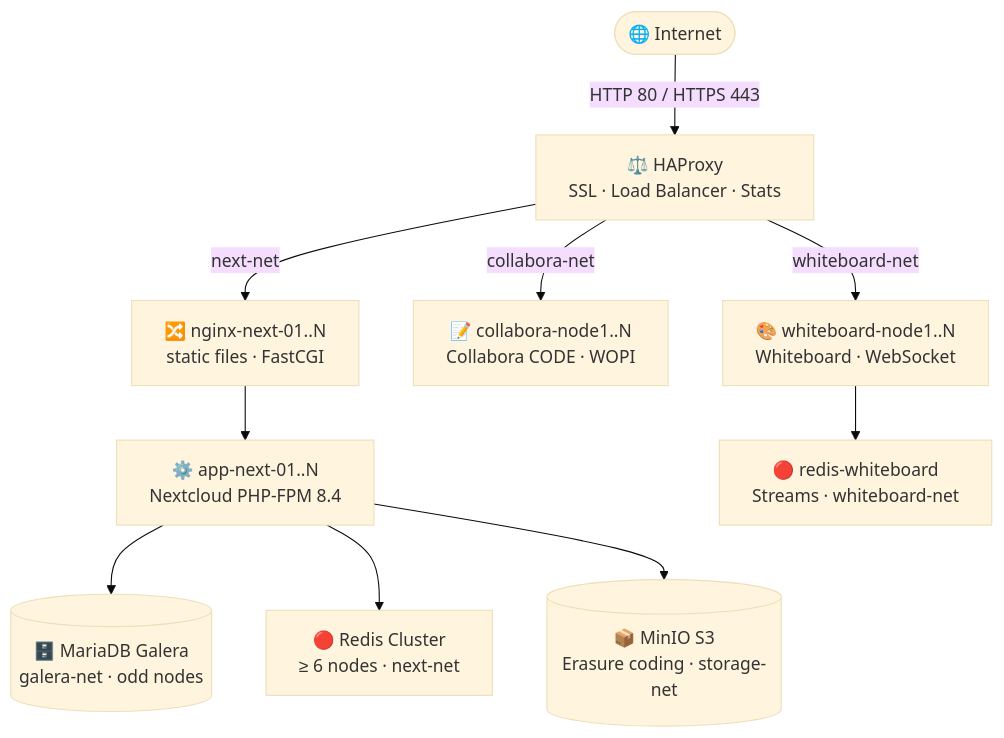
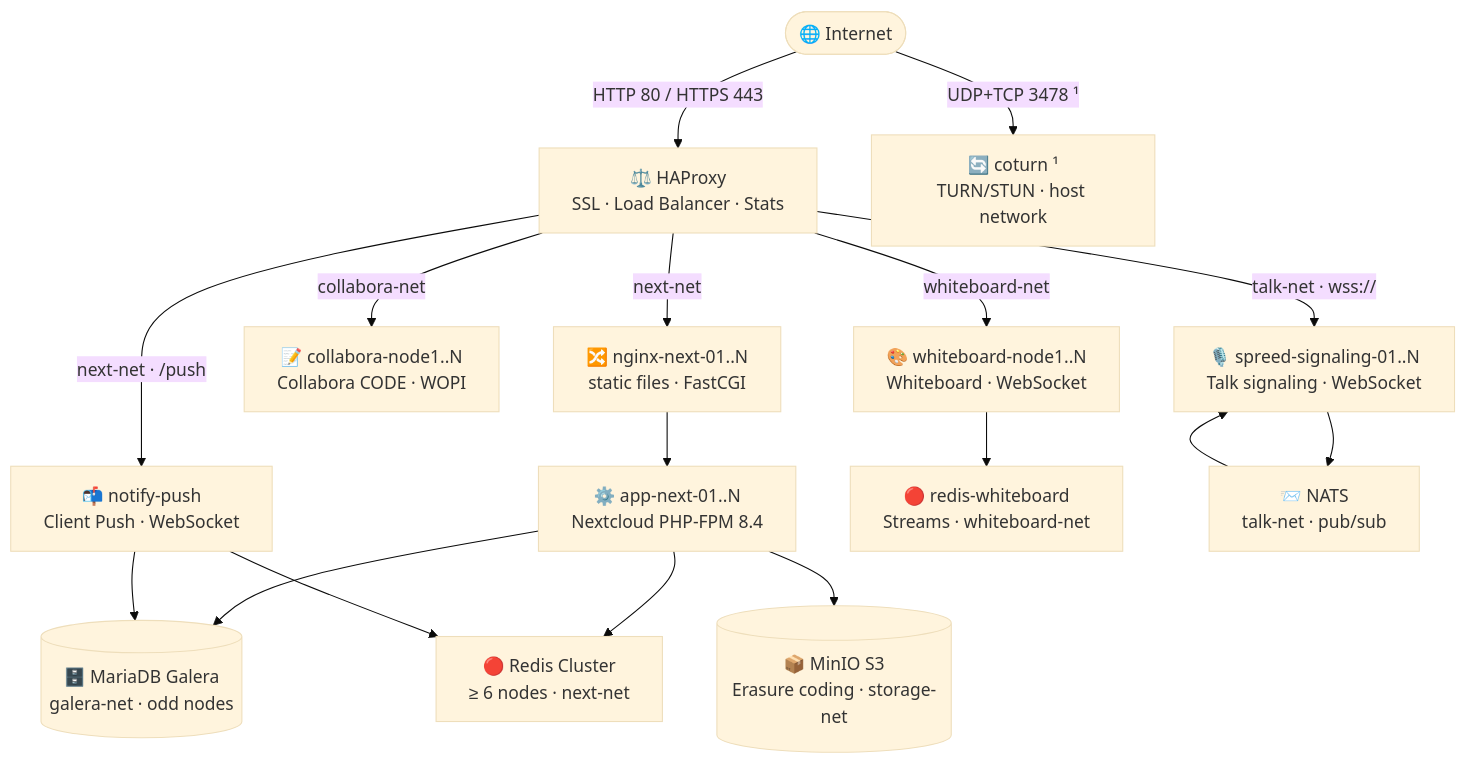
Before and after one commit to oboeglen/Azure-NXT-Maxscale: the diagram in README.md, drawn with Mermaid (base theme). The commit also changed other lines of this file, not shown here.

Commit message:
docs(readme): update architecture diagram — add Talk signaling, notify-push, coturn

````diff
--- a/README.md
+++ b/README.md
@@ -119,18 +119,29 @@
 ```mermaid
 flowchart TD
     Internet(["🌐 Internet"]) -->|"HTTP 80 / HTTPS 443"| HAProxy
+    Internet -->|"UDP+TCP 3478 ¹"| coturn
 
     HAProxy["⚖️ HAProxy\nSSL · Load Balancer · Stats"]
 
+    HAProxy -->|"next-net · /push"| npush["📬 notify-push\nClient Push · WebSocket"]
     HAProxy -->|next-net| nginx["🔀 nginx-next-01..N\nstatic files · FastCGI"]
     HAProxy -->|collabora-net| collab["📝 collabora-node1..N\nCollabora CODE · WOPI"]
     HAProxy -->|whiteboard-net| wb["🎨 whiteboard-node1..N\nWhiteboard · WebSocket"]
+    HAProxy -->|"talk-net · wss://"| sig["🎙️ spreed-signaling-01..N\nTalk signaling · WebSocket"]
 
     nginx --> fpm["⚙️ app-next-01..N\nNextcloud PHP-FPM 8.4"]
 
     fpm --> galera[("🗄️ MariaDB Galera\ngalera-net · odd nodes")]
     fpm --> redis["🔴 Redis Cluster\n≥ 6 nodes · next-net"]
     fpm --> minio[("📦 MinIO S3\nErasure coding · storage-net")]
 
     wb --> redis_wb["🔴 redis-whiteboard\nStreams · whiteboard-net"]
+
+    sig --> nats["📨 NATS\ntalk-net · pub/sub"]
+    nats --> sig
+
+    npush --> redis
+    npush --> galera
+
+    coturn["🔄 coturn ¹\nTURN/STUN · host network"]
 ```
````
